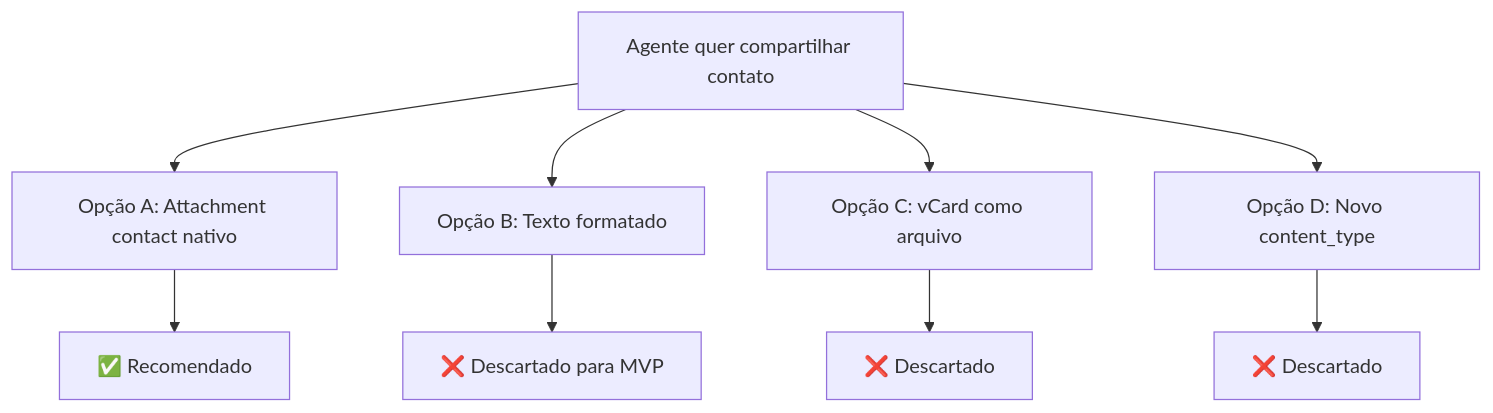
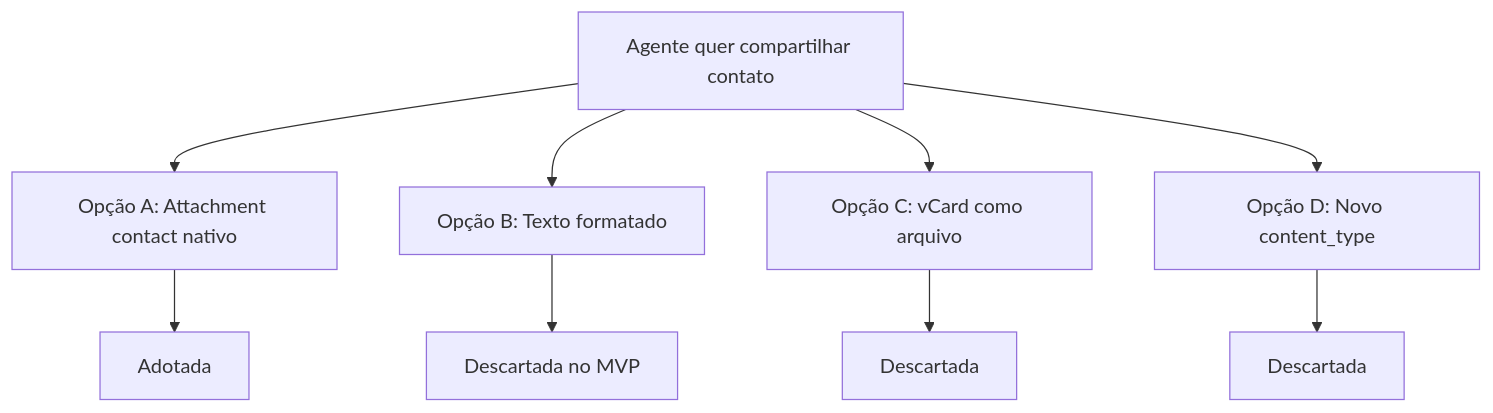
Before and after one commit to cesar-carlos/chatwoot: the first of 2 diagrams in doc/feature/share-contact-card/implementation-decision-tree.md, drawn with Mermaid. The commit also changed other lines of this file and 9 other files, not shown here.

````diff
--- a/doc/feature/share-contact-card/implementation-decision-tree.md
+++ b/doc/feature/share-contact-card/implementation-decision-tree.md
@@ -13,18 +13,18 @@
 ```mermaid
 flowchart TD
   Q[Agente quer compartilhar contato]
   A[Opção A: Attachment contact nativo]
   B[Opção B: Texto formatado]
   C[Opção C: vCard como arquivo]
   D[Opção D: Novo content_type]
 
   Q --> A
   Q --> B
   Q --> C
   Q --> D
 
-  A --> R[✅ Recomendado]
-  B --> X[❌ Descartado para MVP]
-  C --> X2[❌ Descartado]
-  D --> X3[❌ Descartado]
+  A --> R[Adotada]
+  B --> X[Descartada no MVP]
+  C --> X2[Descartada]
+  D --> X3[Descartada]
 ```
````
